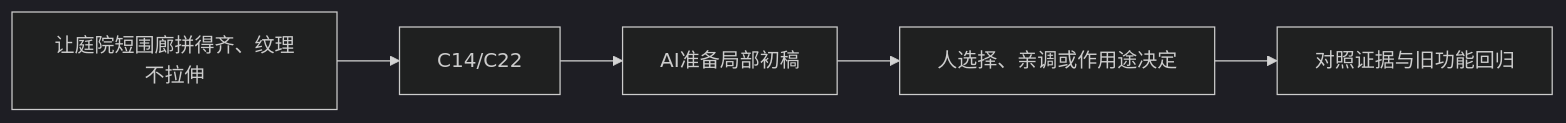
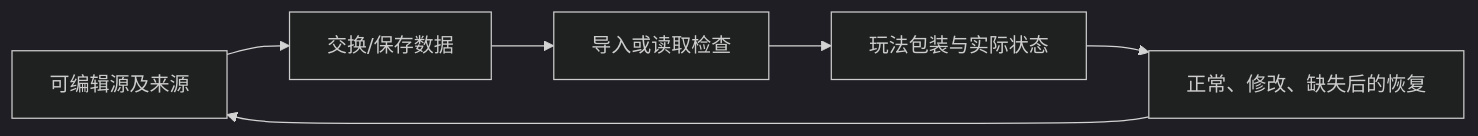
Before and after one commit to Zilur/ai-3d-game-learning: the diagram in curriculum/lessons/I05.md, drawn with Mermaid (dark theme). The commit also changed other lines of this file and 164 other files, not shown here.

Commit message:
docs: publish 47 step-by-step AI lesson flows, world upgrade and optional training corner

````diff
--- a/curriculum/lessons/I05.md
+++ b/curriculum/lessons/I05.md
@@ -38,7 +35,8 @@
 ```mermaid
 flowchart LR
-  S["让庭院短围廊拼得齐、纹理不拉伸"] --> K["C14/C22"]
-  K --> AI["AI准备局部初稿"]
-  AI --> H["人选择、亲调或作用途决定"]
-  H --> V["对照证据与旧功能回归"]
+ S["可编辑源及来源"] --> E["交换/保存数据"]
+ E --> I["导入或读取检查"]
+ I --> W["玩法包装与实际状态"]
+ W --> T["正常、修改、缺失后的恢复"]
+ T --> S
 ```
````
